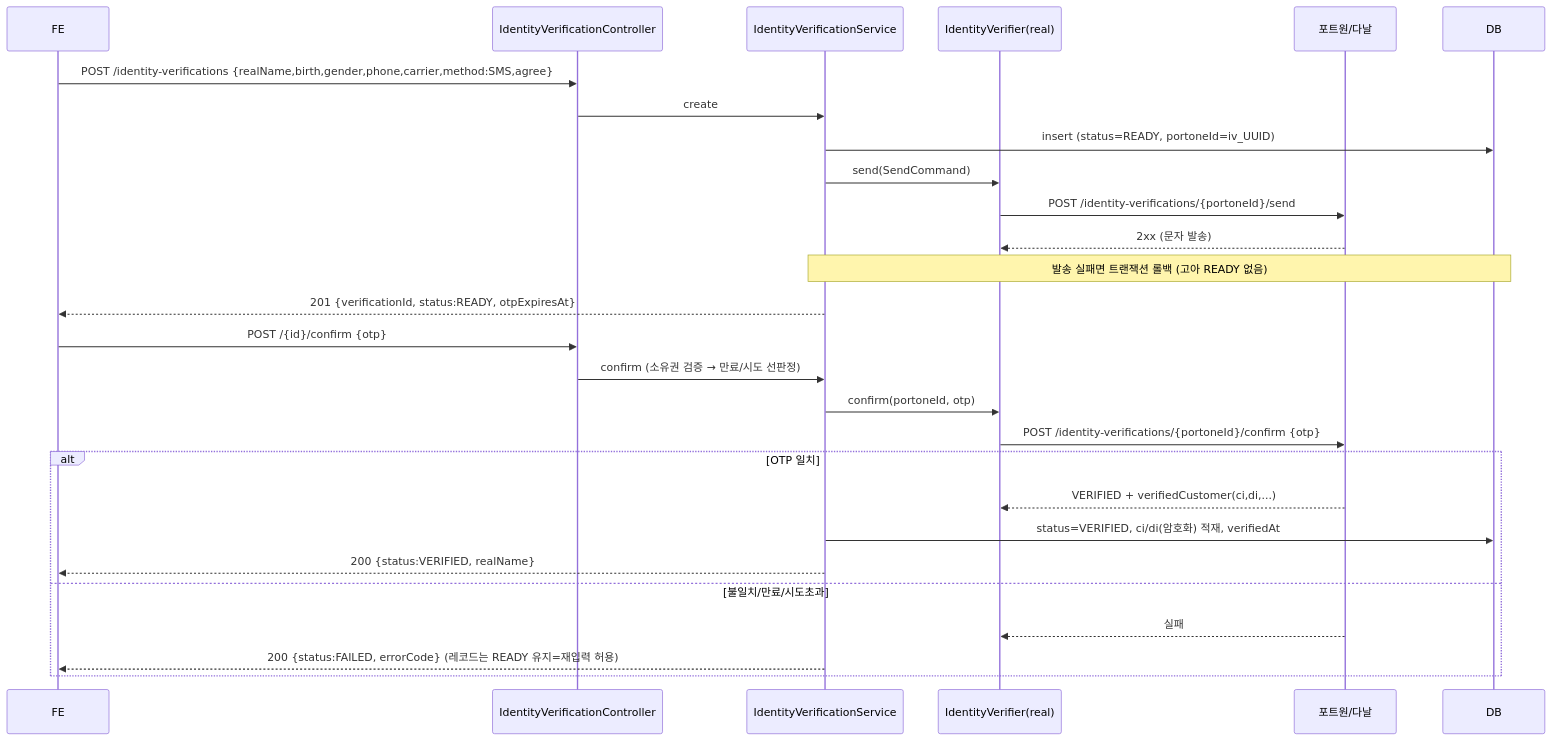
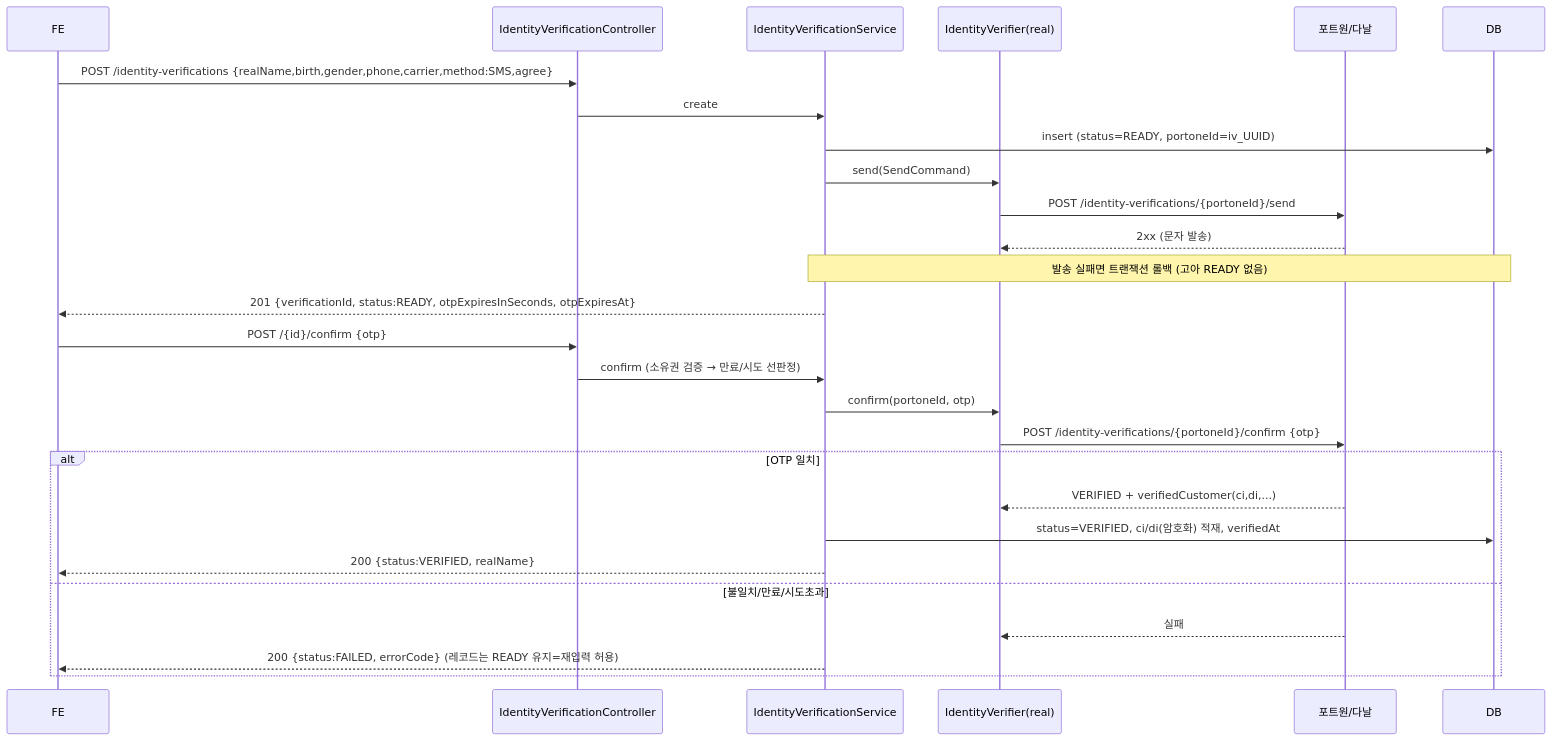
Before and after one commit to pungdong/Pungdong-Backend: the second of 4 diagrams in docs/architecture/identity-verification.md, drawn with Mermaid. The commit also changed other lines of this file and 6 other files, not shown here.

````diff
--- a/docs/architecture/identity-verification.md
+++ b/docs/architecture/identity-verification.md
@@ -51,31 +51,31 @@
 ```mermaid
 sequenceDiagram
     participant FE
     participant Ctl as IdentityVerificationController
     participant Svc as IdentityVerificationService
     participant V as IdentityVerifier(real)
     participant PO as 포트원/다날
     participant DB
 
     FE->>Ctl: POST /identity-verifications {realName,birth,gender,phone,carrier,method:SMS,agree}
     Ctl->>Svc: create
     Svc->>DB: insert (status=READY, portoneId=iv_UUID)
     Svc->>V: send(SendCommand)
     V->>PO: POST /identity-verifications/{portoneId}/send
     PO-->>V: 2xx (문자 발송)
     Note over Svc,DB: 발송 실패면 트랜잭션 롤백 (고아 READY 없음)
-    Svc-->>FE: 201 {verificationId, status:READY, otpExpiresAt}
+    Svc-->>FE: 201 {verificationId, status:READY, otpExpiresInSeconds, otpExpiresAt}
 
     FE->>Ctl: POST /{id}/confirm {otp}
     Ctl->>Svc: confirm (소유권 검증 → 만료/시도 선판정)
     Svc->>V: confirm(portoneId, otp)
     V->>PO: POST /identity-verifications/{portoneId}/confirm {otp}
     alt OTP 일치
         PO-->>V: VERIFIED + verifiedCustomer(ci,di,...)
         Svc->>DB: status=VERIFIED, ci/di(암호화) 적재, verifiedAt
         Svc-->>FE: 200 {status:VERIFIED, realName}
     else 불일치/만료/시도초과
         PO-->>V: 실패
         Svc-->>FE: 200 {status:FAILED, errorCode} (레코드는 READY 유지=재입력 허용)
     end
 ```
````
